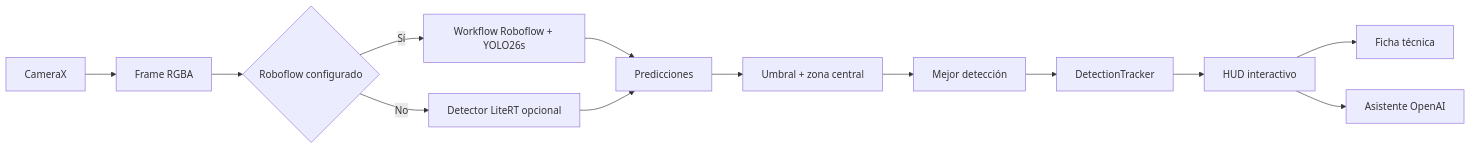
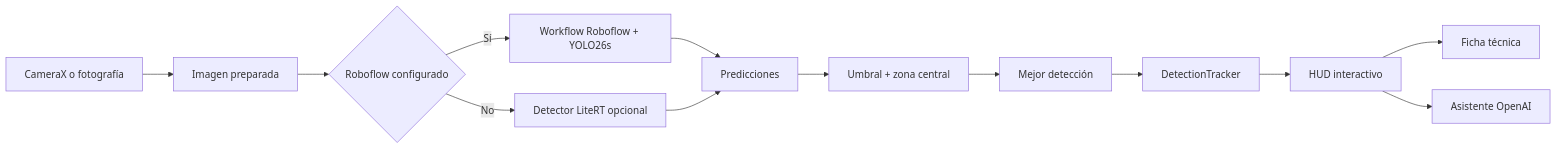
The diagram in README.md (Danxxx777/MicrobiologicalDetection), drawn with Mermaid before and after one commit. The commit also changed other lines of this file and 12 other files, not shown here.

````diff
--- a/README.md
+++ b/README.md
@@ -52,15 +54,15 @@
 ```mermaid
 flowchart LR
-    A[CameraX] --> B[Frame RGBA]
+    A[CameraX o fotografía] --> B[Imagen preparada]
     B --> C{Roboflow configurado}
     C -->|Sí| D[Workflow Roboflow + YOLO26s]
     C -->|No| E[Detector LiteRT opcional]
     D --> F[Predicciones]
     E --> F
     F --> G[Umbral + zona central]
     G --> H[Mejor detección]
     H --> I[DetectionTracker]
     I --> J[HUD interactivo]
     J --> K[Ficha técnica]
     J --> L[Asistente OpenAI]
 ```
````
